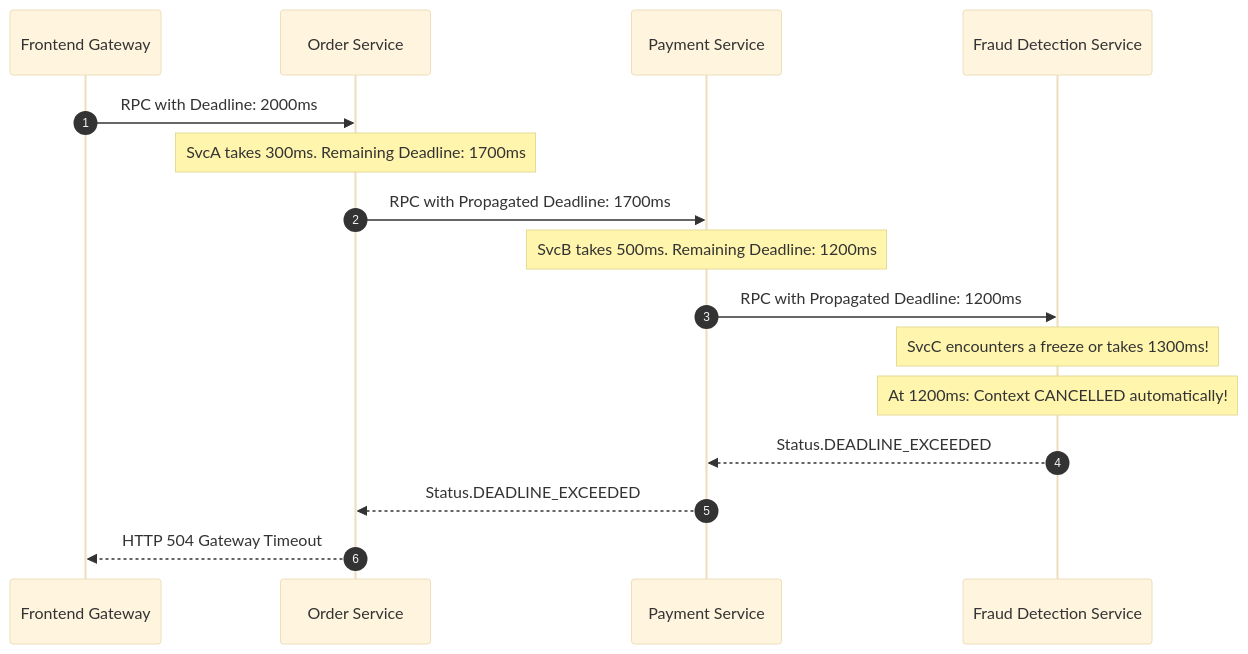
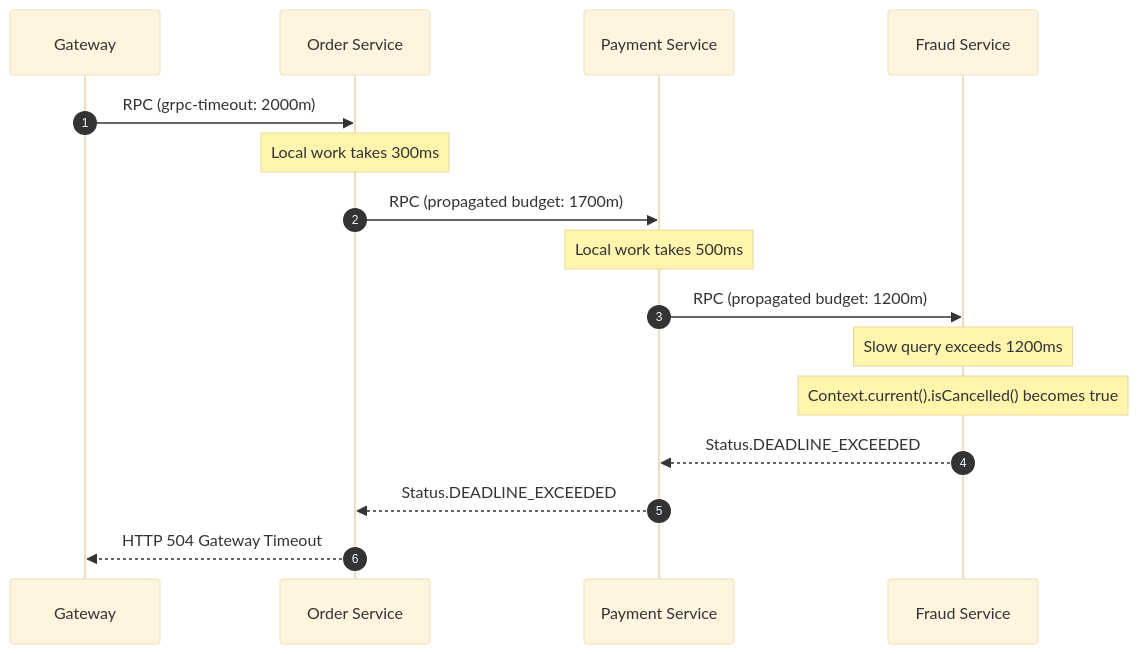
The third of 4 diagrams in content/roadmap/level-9/high-performance-grpc-in-java.md (ravishankar2463/java_hub), drawn with Mermaid (base theme) before and after one commit. The commit also changed other lines of this file and 119 other files, not shown here.

Commit message:
feat: add comprehensive java learning roadmap content across multiple levels

````diff
--- a/content/roadmap/level-9/high-performance-grpc-in-java.md
+++ b/content/roadmap/level-9/high-performance-grpc-in-java.md
@@ -316,19 +456,19 @@
 ```mermaid
 sequenceDiagram
     autonumber
-    participant Client as Frontend Gateway
+    participant Client as Gateway
     participant SvcA as Order Service
     participant SvcB as Payment Service
-    participant SvcC as Fraud Detection Service
+    participant SvcC as Fraud Service
 
-    Client->>SvcA: RPC with Deadline: 2000ms
-    Note over SvcA: SvcA takes 300ms. Remaining Deadline: 1700ms
-    SvcA->>SvcB: RPC with Propagated Deadline: 1700ms
-    Note over SvcB: SvcB takes 500ms. Remaining Deadline: 1200ms
-    SvcB->>SvcC: RPC with Propagated Deadline: 1200ms
-    Note over SvcC: SvcC encounters a freeze or takes 1300ms!
-    Note over SvcC: At 1200ms: Context CANCELLED automatically!
+    Client->>SvcA: RPC (grpc-timeout: 2000m)
+    Note over SvcA: Local work takes 300ms
+    SvcA->>SvcB: RPC (propagated budget: 1700m)
+    Note over SvcB: Local work takes 500ms
+    SvcB->>SvcC: RPC (propagated budget: 1200m)
+    Note over SvcC: Slow query exceeds 1200ms
+    Note over SvcC: Context.current().isCancelled() becomes true
     SvcC-->>SvcB: Status.DEADLINE_EXCEEDED
     SvcB-->>SvcA: Status.DEADLINE_EXCEEDED
     SvcA-->>Client: HTTP 504 Gateway Timeout
 ```
````
